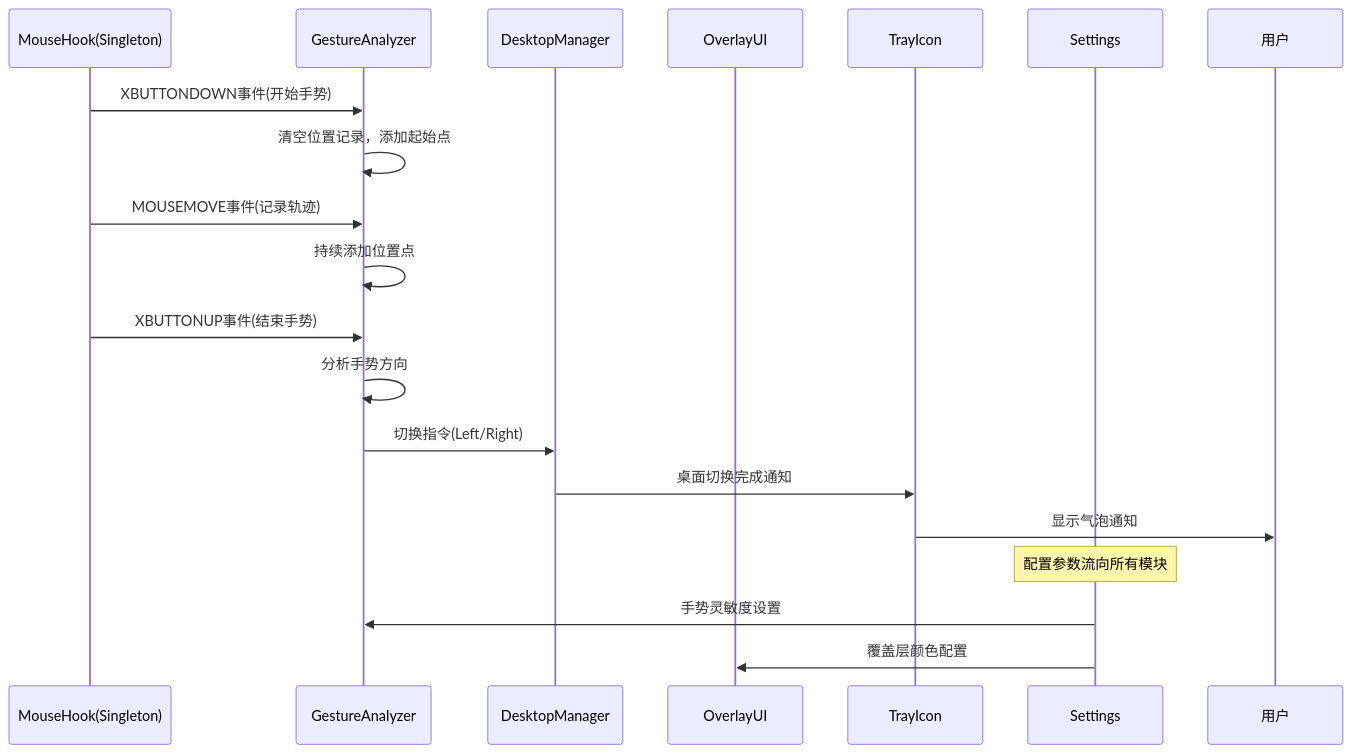
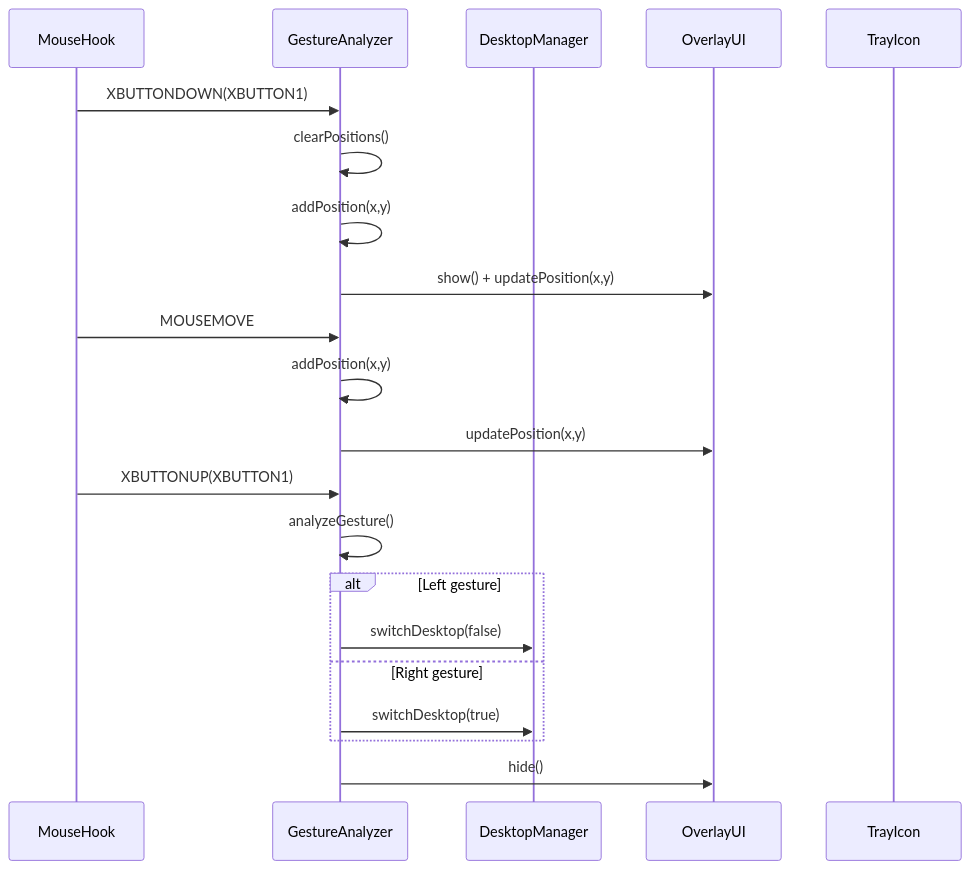
Before and after one commit to lazycoding/VirtualDesktopSwitcher: the diagram in doc/virtual_desktop_switcher_architecture.md, drawn with Mermaid. The commit also changed other lines of this file and 4 other files, not shown here.

````diff
--- a/doc/virtual_desktop_switcher_architecture.md
+++ b/doc/virtual_desktop_switcher_architecture.md
@@ -54,23 +54,24 @@
 ```mermaid
 sequenceDiagram
-    participant MH as MouseHook(Singleton)
+    participant MH as MouseHook
     participant GA as GestureAnalyzer
     participant DM as DesktopManager
     participant OV as OverlayUI
     participant TI as TrayIcon
-    participant ST as Settings
     
-    MH->>GA: XBUTTONDOWN事件(开始手势)
-    GA->>GA: 清空位置记录，添加起始点
-    MH->>GA: MOUSEMOVE事件(记录轨迹)
-    GA->>GA: 持续添加位置点
-    MH->>GA: XBUTTONUP事件(结束手势)
-    GA->>GA: 分析手势方向
-    GA->>DM: 切换指令(Left/Right)
-    DM->>TI: 桌面切换完成通知
-    TI->>用户: 显示气泡通知
-    
-    Note over ST: 配置参数流向所有模块
-    ST->>GA: 手势灵敏度设置
-    ST->>OV: 覆盖层颜色配置
+    MH->>GA: XBUTTONDOWN(XBUTTON1)
+    GA->>GA: clearPositions()
+    GA->>GA: addPosition(x,y)
+    GA->>OV: show() + updatePosition(x,y)
+    MH->>GA: MOUSEMOVE
+    GA->>GA: addPosition(x,y)
+    GA->>OV: updatePosition(x,y)
+    MH->>GA: XBUTTONUP(XBUTTON1)
+    GA->>GA: analyzeGesture()
+    alt Left gesture
+        GA->>DM: switchDesktop(false)
+    else Right gesture
+        GA->>DM: switchDesktop(true)
+    end
+    GA->>OV: hide()
 ```
````
